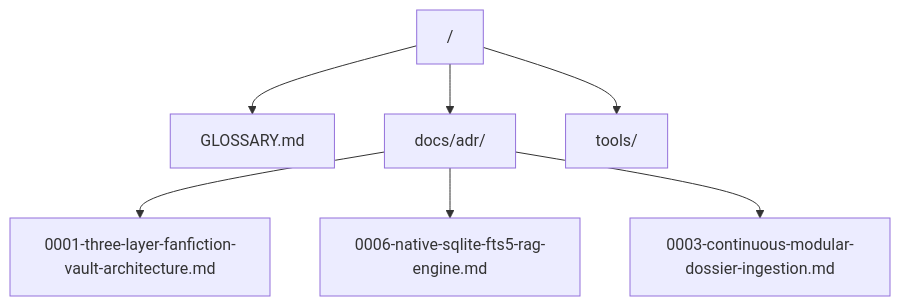
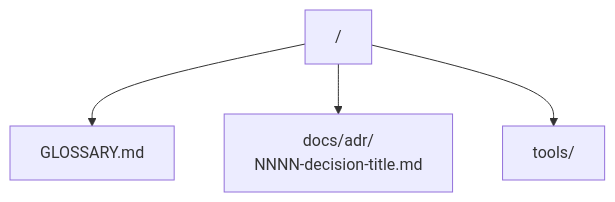
Before and after one commit to Kitsune-27295/narr-vault-template: the diagram in docs/agents/domain.md, drawn with Mermaid. The commit also changed 41 other files, not shown here.

````diff
--- a/docs/agents/domain.md
+++ b/docs/agents/domain.md
@@ -17,16 +17,10 @@
 ```mermaid
 flowchart TD
     root["/"]
     gl["GLOSSARY.md"]
-    adr["docs/adr/"]
+    adr["docs/adr/<br/>NNNN-decision-title.md"]
     tools["tools/"]
-    a1["0001-three-layer-fanfiction-vault-architecture.md"]
-    a6["0006-native-sqlite-fts5-rag-engine.md"]
-    a3["0003-continuous-modular-dossier-ingestion.md"]
     root --> gl
     root --> adr
     root --> tools
-    adr --> a1
-    adr --> a6
-    adr --> a3
 ```
````
